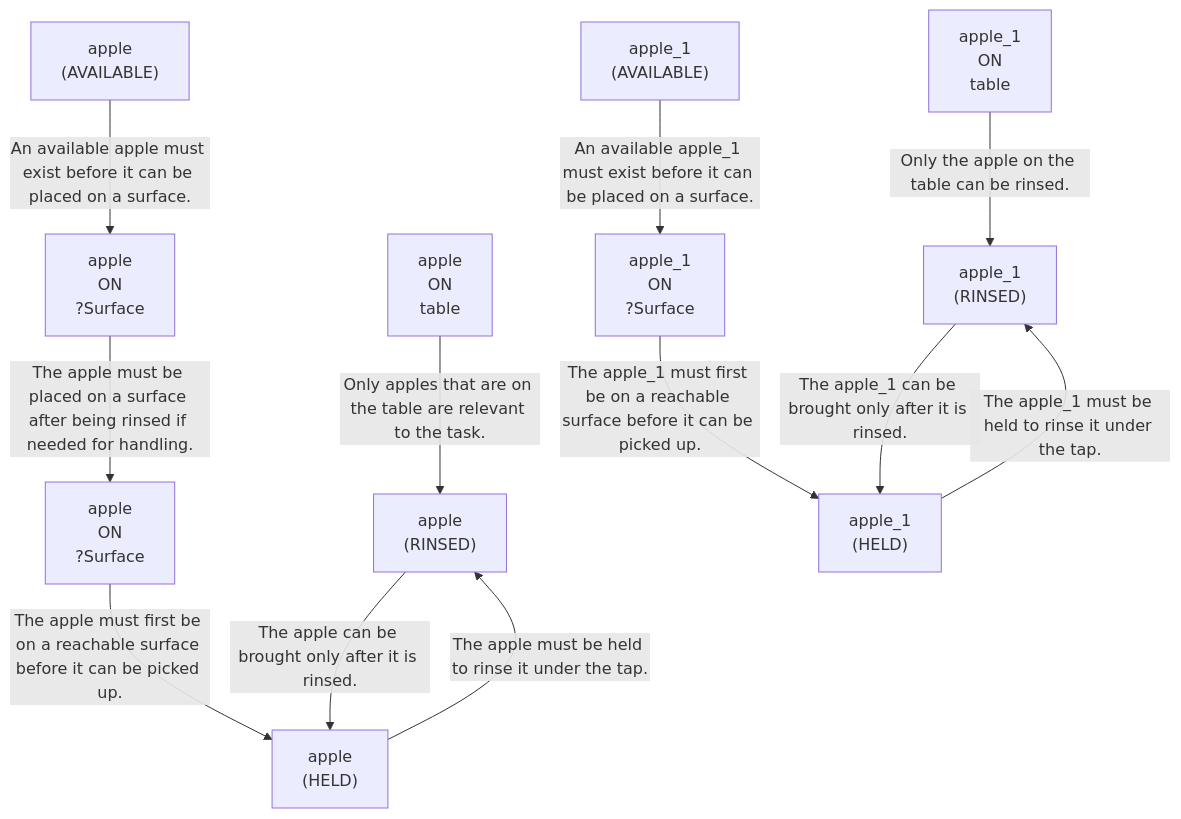
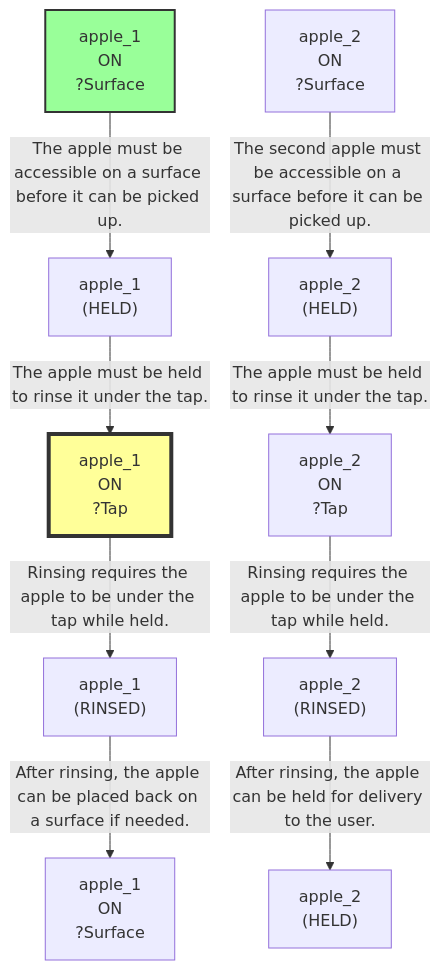
The first of 7 diagrams in evaluation/results/table3/robostate/runs/without_goal_reasoning/G4_17/run_T3_without_goal_reasoning_G4_17.md (scuama/virtualhome), drawn with Mermaid before and after one commit. The commit also changed other lines of this file and 507 other files, not shown here.

````diff
--- a/evaluation/results/table3/robostate/runs/without_goal_reasoning/G4_17/run_T3_without_goal_reasoning_G4_17.md
+++ b/evaluation/results/table3/robostate/runs/without_goal_reasoning/G4_17/run_T3_without_goal_reasoning_G4_17.md
@@ -32,25 +63,23 @@
 ```mermaid
 graph TD
-    N1["apple<br>ON<br>table"]
-    N2["apple<br>(RINSED)"]
-    N3["apple<br>ON<br>?Surface"]
-    N4["apple<br>(HELD)"]
-    N5["apple<br>ON<br>?Surface"]
-    N6["apple<br>(AVAILABLE)"]
-    N7["apple_1<br>ON<br>table"]
-    N8["apple_1<br>(RINSED)"]
-    N9["apple_1<br>ON<br>?Surface"]
-    N10["apple_1<br>(HELD)"]
-    N11["apple_1<br>(AVAILABLE)"]
-    N1 -->|"Only apples that are on the table are relevant to the task."| N2
+    N1["apple_1<br>ON<br>?Surface"]
+    style N1 fill:#9f9,stroke:#333,stroke-width:2px
+    N2["apple_1<br>ON<br>?Tap"]
+    style N2 fill:#ff9,stroke:#333,stroke-width:4px
+    N3["apple_1<br>(RINSED)"]
+    N4["apple_1<br>(HELD)"]
+    N5["apple_1<br>ON<br>?Surface"]
+    N6["apple_2<br>(HELD)"]
+    N7["apple_2<br>ON<br>?Surface"]
+    N8["apple_2<br>ON<br>?Tap"]
+    N9["apple_2<br>(RINSED)"]
+    N10["apple_2<br>(HELD)"]
+    N1 -->|"The apple must be accessible on a surface before it can be picked up."| N4
     N4 -->|"The apple must be held to rinse it under the tap."| N2
-    N3 -->|"The apple must first be on a reachable surface before it can be picked up."| N4
-    N2 -->|"The apple can be brought only after it is rinsed."| N4
-    N5 -->|"The apple must be placed on a surface after being rinsed if needed for handling."| N3
-    N6 -->|"An available apple must exist before it can be placed on a surface."| N5
-    N7 -->|"Only the apple on the table can be rinsed."| N8
-    N10 -->|"The apple_1 must be held to rinse it under the tap."| N8
-    N9 -->|"The apple_1 must first be on a reachable surface before it can be picked up."| N10
-    N8 -->|"The apple_1 can be brought only after it is rinsed."| N10
-    N11 -->|"An available apple_1 must exist before it can be placed on a surface."| N9
+    N2 -->|"Rinsing requires the apple to be under the tap while held."| N3
+    N3 -->|"After rinsing, the apple can be placed back on a surface if needed."| N5
+    N7 -->|"The second apple must be accessible on a surface before it can be picked up."| N6
+    N6 -->|"The apple must be held to rinse it under the tap."| N8
+    N8 -->|"Rinsing requires the apple to be under the tap while held."| N9
+    N9 -->|"After rinsing, the apple can be held for delivery to the user."| N10
 ```
````
